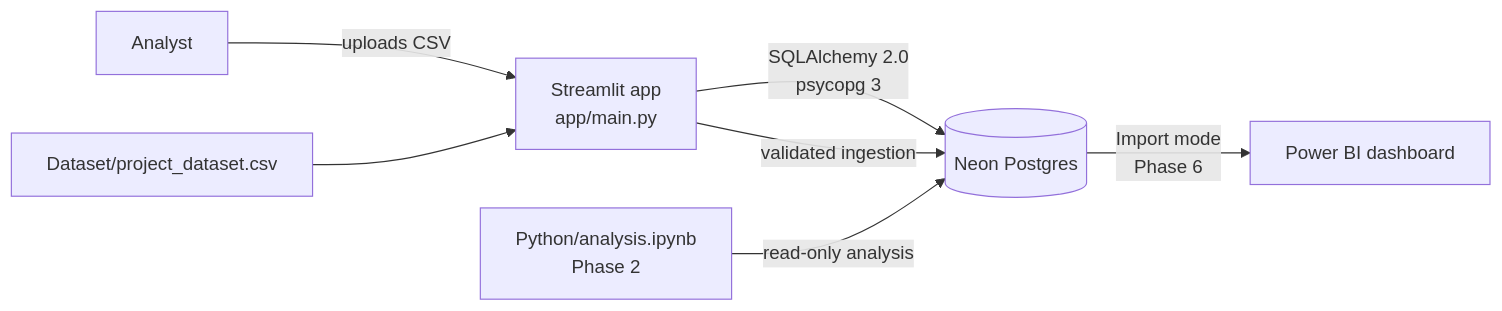
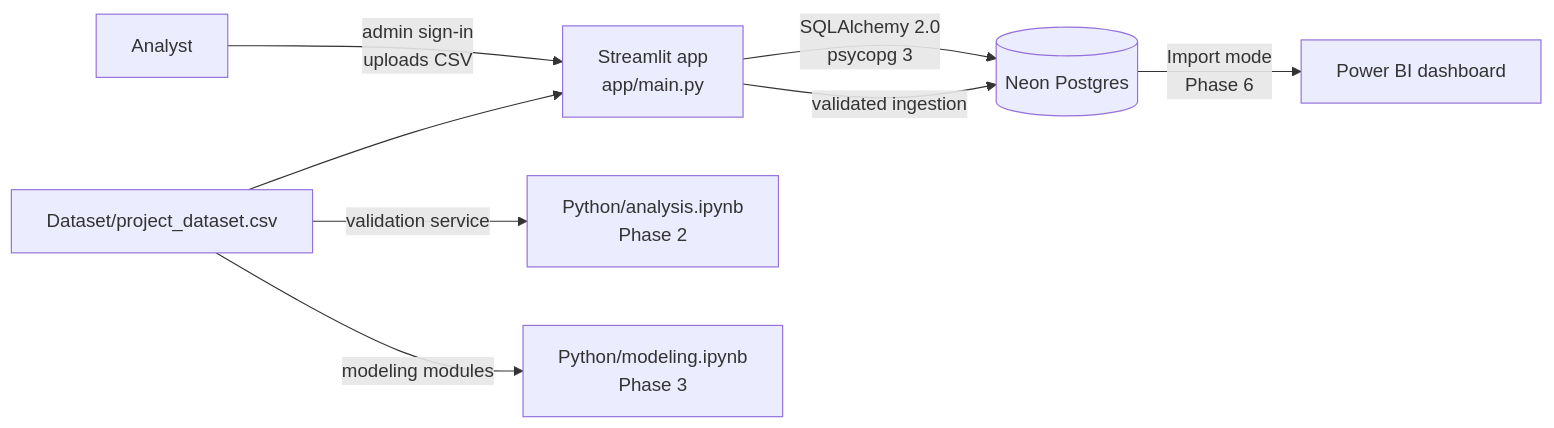
The diagram in README.md (theliteraturepaul/cronus), drawn with Mermaid before and after one commit. The commit also changed other lines of this file and 1 other file, not shown here.

Commit message:
docs: add deployed Streamlit URL and GitHub README copy

````diff
--- a/README.md
+++ b/README.md
@@ -34,9 +78,10 @@
 ```mermaid
 flowchart LR
-    analyst[Analyst] -->|uploads CSV| streamlit[Streamlit app<br/>app/main.py]
+    analyst[Analyst] -->|admin sign-in<br/>uploads CSV| streamlit[Streamlit app<br/>app/main.py]
     csv[Dataset/project_dataset.csv] --> streamlit
+    csv -->|validation service| notebook[Python/analysis.ipynb<br/>Phase 2]
+    csv -->|modeling modules| modeling[Python/modeling.ipynb<br/>Phase 3]
     streamlit -->|SQLAlchemy 2.0<br/>psycopg 3| neon[(Neon Postgres)]
     neon -->|Import mode<br/>Phase 6| powerbi[Power BI dashboard]
-    notebook[Python/analysis.ipynb<br/>Phase 2] -->|read-only analysis| neon
     streamlit -->|validated ingestion| neon
 ```
````
